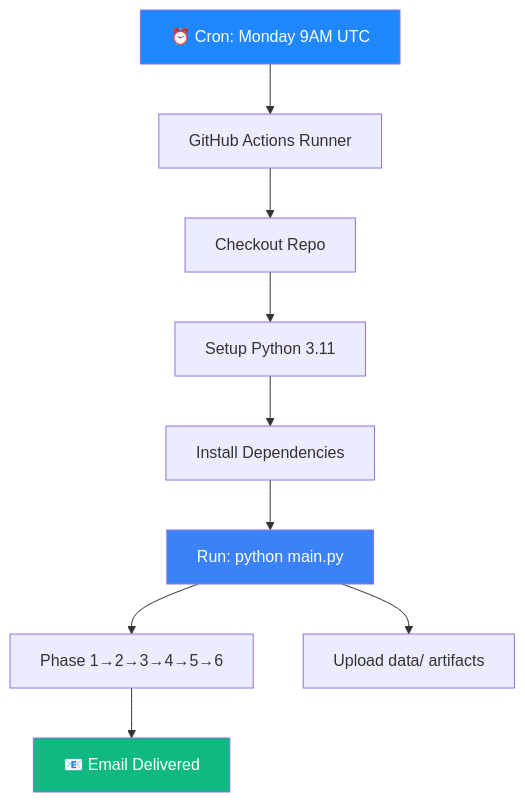
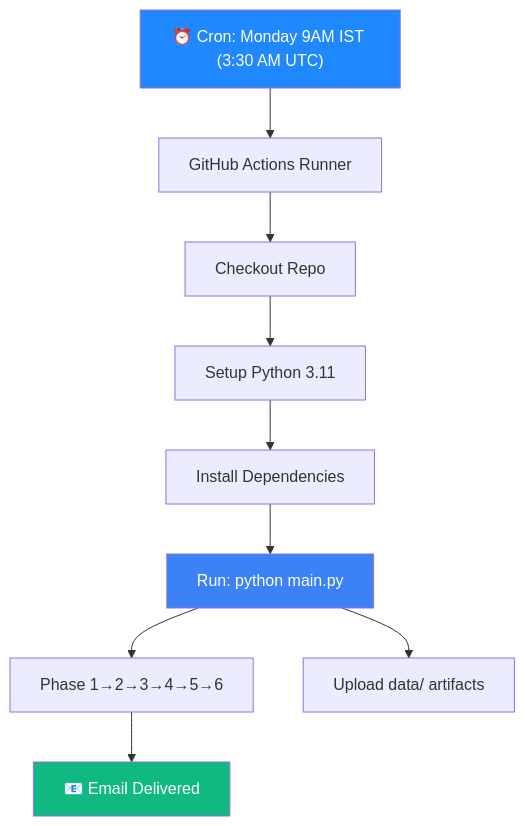
The diagram in phase9_scheduler/README.md (g3menon/WeeklyPulse_PlaystoreReviews), drawn with Mermaid before and after one commit. The commit also changed other lines of this file and 8 other files, not shown here.

Commit message:
feat: Implement initial Weekly Pulse pipeline setup with centralized configuration, GitHub Actions workflow, and data output files.

````diff
--- a/phase9_scheduler/README.md
+++ b/phase9_scheduler/README.md
@@ -28,15 +28,15 @@
 ```mermaid
 flowchart TD
-    A["⏰ Cron: Monday 9AM UTC"] --> B["GitHub Actions Runner"]
+    A["⏰ Cron: Monday 9AM IST (3:30 AM UTC)"] --> B["GitHub Actions Runner"]
     B --> C["Checkout Repo"]
     C --> D["Setup Python 3.11"]
     D --> E["Install Dependencies"]
     E --> F["Run: python main.py"]
     F --> G["Phase 1→2→3→4→5→6"]
     G --> H["📧 Email Delivered"]
     F --> I["Upload data/ artifacts"]
 
     style A fill:#2088FF,color:#fff
     style F fill:#3B82F6,color:#fff
     style H fill:#10B981,color:#fff
 ```
````
